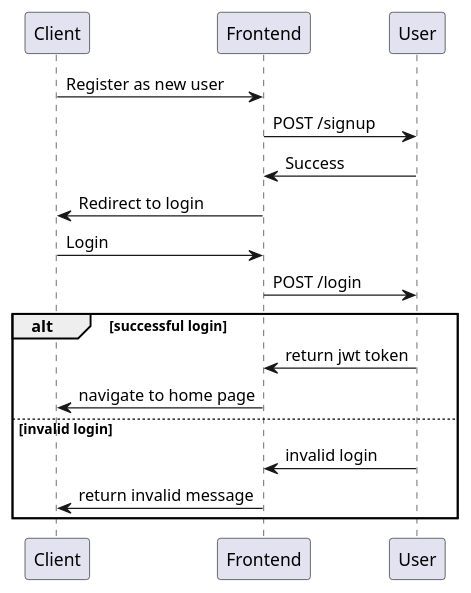
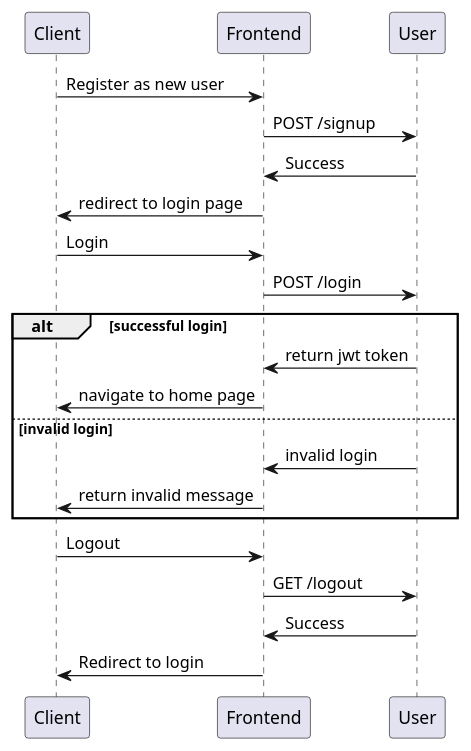
Before and after one commit to CS3219-AY2223S1/cs3219-project-ay2223s1-g59: the diagram in docs/sequence-diagrams/user-service.puml, drawn with PlantUML. The commit also changed 2 other files, not shown here.

Commit message:
Add UML diagrams for user-service

```diff
--- a/docs/sequence-diagrams/user-service.puml
+++ b/docs/sequence-diagrams/user-service.puml
@@ -1,15 +1,19 @@
 @startuml
 Client -> Frontend: Register as new user
 Frontend -> User: POST /signup
 User -> Frontend: Success
-Frontend -> Client: Redirect to login
+Frontend -> Client: redirect to login page
 Client -> Frontend: Login
 Frontend -> User: POST /login
     alt successful login
     User -> Frontend: return jwt token
     Frontend -> Client: navigate to home page
     else invalid login
     User -> Frontend: invalid login
     Frontend -> Client: return invalid message
     end
+Client -> Frontend: Logout
+Frontend -> User: GET /logout
+User -> Frontend: Success
+Frontend -> Client: Redirect to login
 @enduml
```
